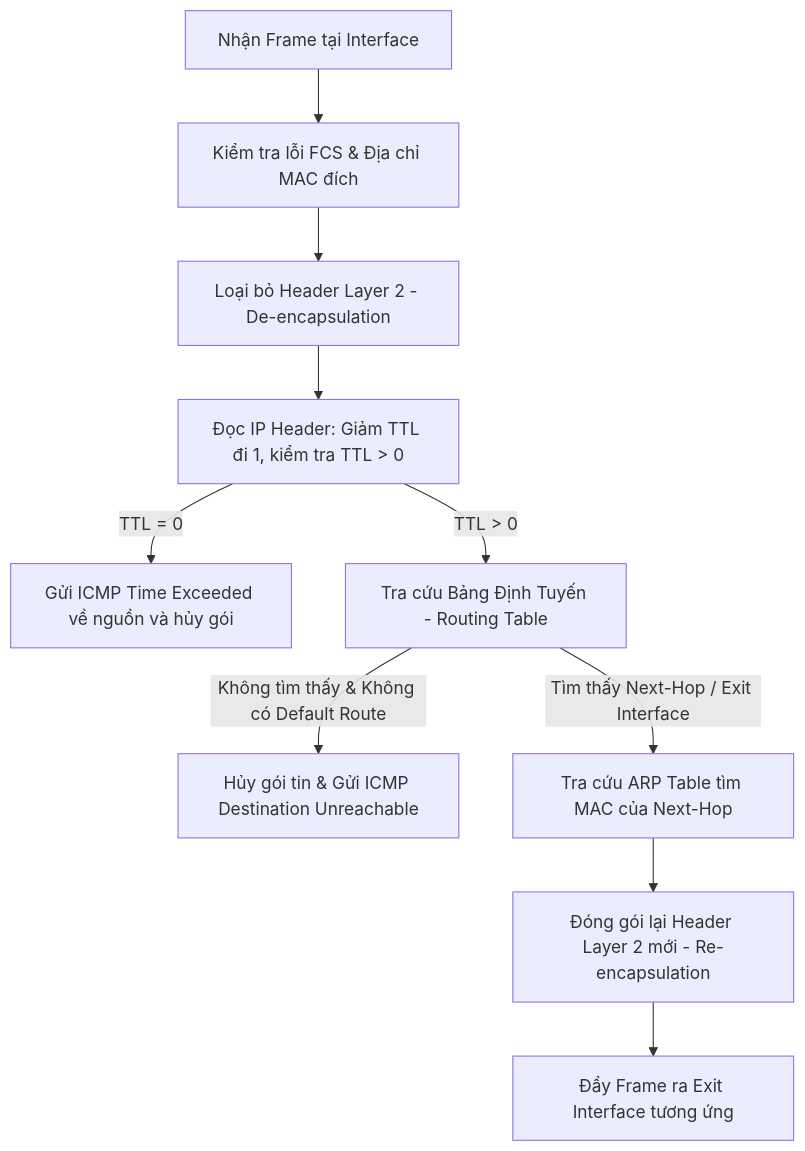
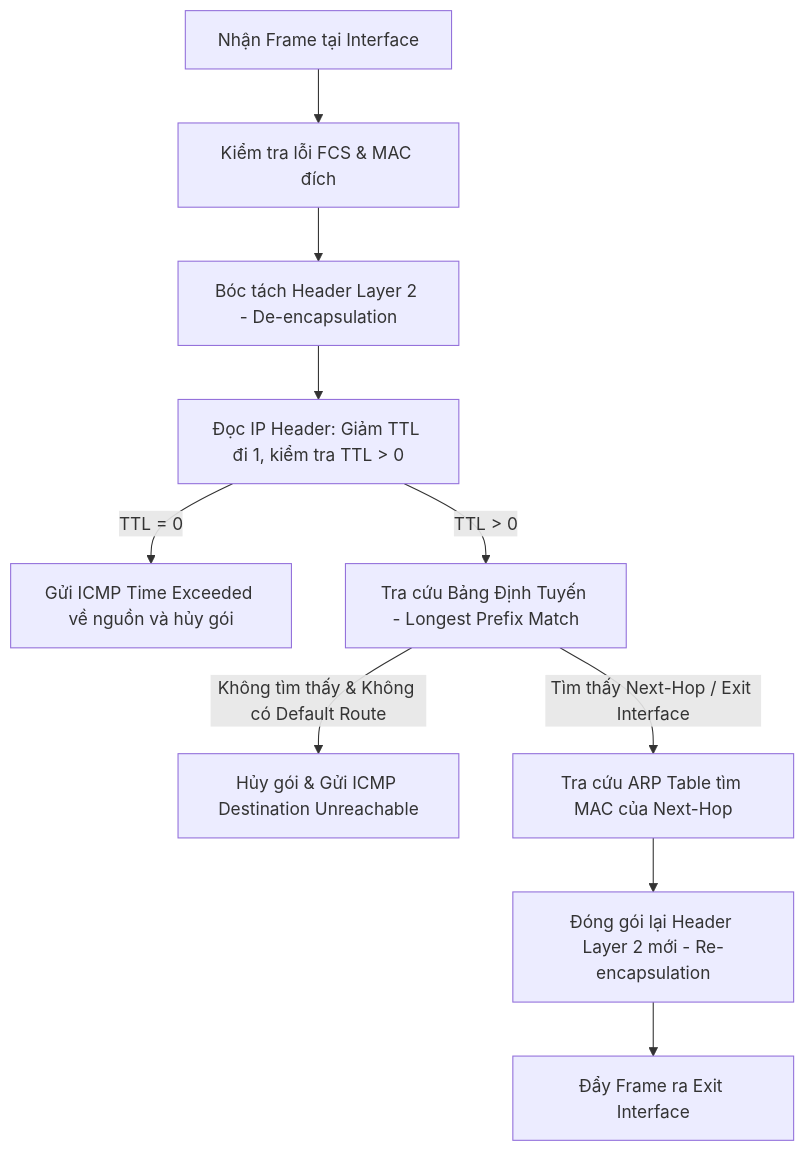
One commit to anhxuan2712/enterprise-network-security-monitoring changed the first of 7 diagrams in Router_Knowledge_Base.md. Above: the diagram before and after it, drawn with Mermaid. The commit also changed other lines of this file and 1 other file, not shown here.

````diff
--- a/Router_Knowledge_Base.md
+++ b/Router_Knowledge_Base.md
@@ -39,12 +78,12 @@
 ```mermaid
 flowchart TD
-    A[Nhận Frame tại Interface] --> B[Kiểm tra lỗi FCS & Địa chỉ MAC đích]
-    B --> C[Loại bỏ Header Layer 2 - De-encapsulation]
+    A[Nhận Frame tại Interface] --> B[Kiểm tra lỗi FCS & MAC đích]
+    B --> C[Bóc tách Header Layer 2 - De-encapsulation]
     C --> D[Đọc IP Header: Giảm TTL đi 1, kiểm tra TTL > 0]
     D -- TTL = 0 --> E[Gửi ICMP Time Exceeded về nguồn và hủy gói]
-    D -- TTL > 0 --> F[Tra cứu Bảng Định Tuyến - Routing Table]
-    F -- Không tìm thấy & Không có Default Route --> G[Hủy gói tin & Gửi ICMP Destination Unreachable]
+    D -- TTL > 0 --> F[Tra cứu Bảng Định Tuyến - Longest Prefix Match]
+    F -- Không tìm thấy & Không có Default Route --> G[Hủy gói & Gửi ICMP Destination Unreachable]
     F -- Tìm thấy Next-Hop / Exit Interface --> H[Tra cứu ARP Table tìm MAC của Next-Hop]
     H --> I[Đóng gói lại Header Layer 2 mới - Re-encapsulation]
-    I --> J[Đẩy Frame ra Exit Interface tương ứng]
+    I --> J[Đẩy Frame ra Exit Interface]
 ```
````
